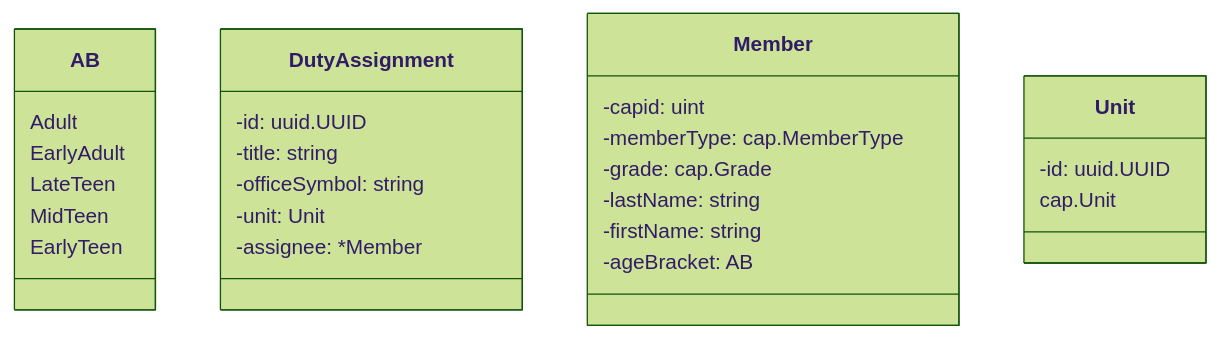
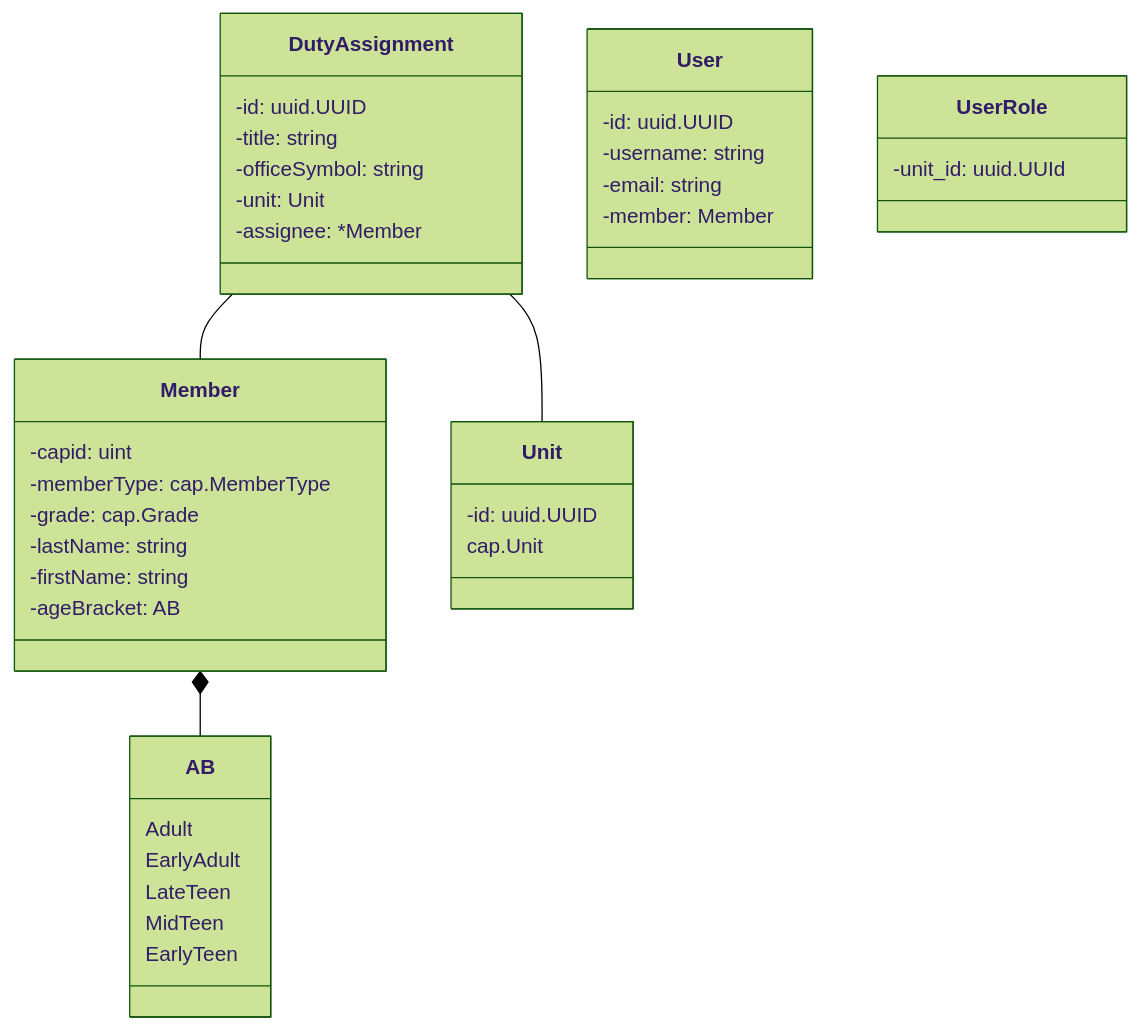
One commit to DerHabicht/capa5 changed the fourth of 4 diagrams in docs/domain/classes.md. Above: the diagram before and after it, drawn with Mermaid (forest theme). The commit also changed 6 other files, not shown here.

````diff
--- a/docs/domain/classes.md
+++ b/docs/domain/classes.md
@@ -229,32 +229,48 @@
 ```mermaid
 classDiagram
+    Member *-- AB
+    DutyAssignment -- Unit
+    DutyAssignment -- Member
+
     class AB {
         Adult
         EarlyAdult
         LateTeen
         MidTeen
         EarlyTeen
     }
 
     class DutyAssignment {
         -id: uuid.UUID
         -title: string
         -officeSymbol: string
         -unit: Unit
         -assignee: *Member
     }
 
     class Member {
         -capid: uint
         -memberType: cap.MemberType
         -grade: cap.Grade
         -lastName: string
         -firstName: string
         -ageBracket: AB
     }
 
     class Unit {
         -id: uuid.UUID
         cap.Unit
     }
+
+    class User {
+        -id: uuid.UUID
+        -username: string
+        -email: string
+        -member: Member
+    }
+
+    class UserRole {
+        -unit_id: uuid.UUId
+        
+    }
 ```
````
